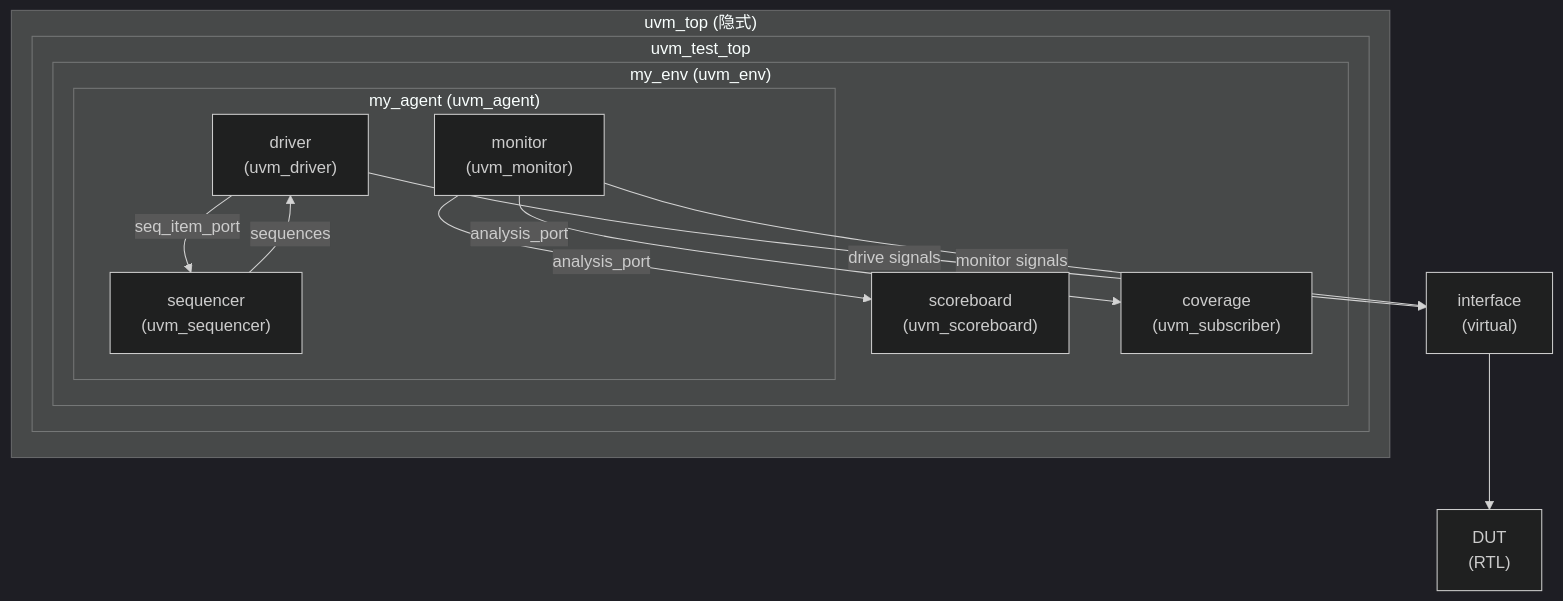
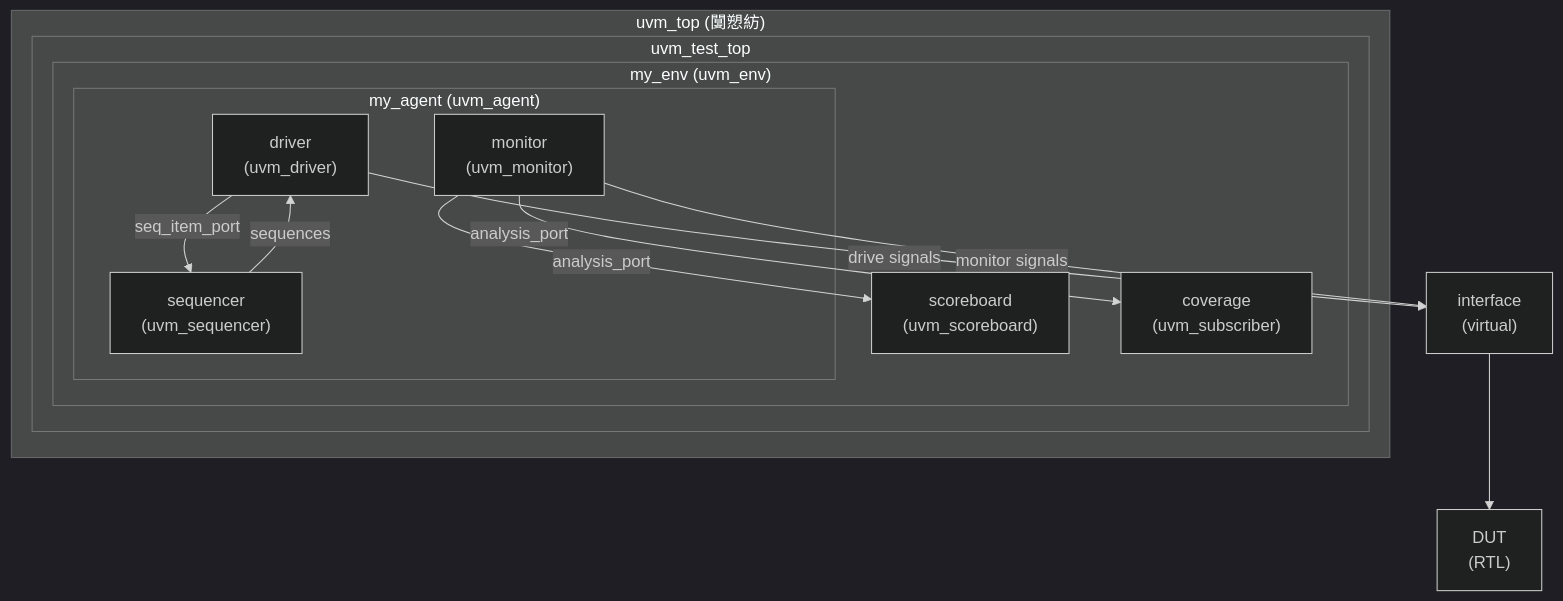
Before and after one commit to muyuzhang29-oss/obsidian-knowledge-base: the first of 6 diagrams in .obsidian/claude-code-sessions/a2c15c04440e3536b55a5f7519143b28/note.md, drawn with Mermaid (dark theme). The commit also changed other lines of this file and 173 other files, not shown here.

````diff
--- a/.obsidian/claude-code-sessions/a2c15c04440e3536b55a5f7519143b28/note.md
+++ b/.obsidian/claude-code-sessions/a2c15c04440e3536b55a5f7519143b28/note.md
@@ -9,28 +9,28 @@
 ```mermaid
 graph TB
-    subgraph UVM_Top["uvm_top (隐式)"]
+    subgraph UVM_Top["uvm_top (闅愬紡)"]
         subgraph Test["uvm_test_top"]
             subgraph Env["my_env (uvm_env)"]
                 subgraph Agent["my_agent (uvm_agent)"]
                     Driver["driver<br/>(uvm_driver)"]
                     Sequencer["sequencer<br/>(uvm_sequencer)"]
                     Monitor["monitor<br/>(uvm_monitor)"]
                 end
                 SB["scoreboard<br/>(uvm_scoreboard)"]
                 Cov["coverage<br/>(uvm_subscriber)"]
             end
         end
     end
 
     DUT["DUT<br/>(RTL)"]
     IF["interface<br/>(virtual)"]
 
     Driver -->|"seq_item_port"| Sequencer
     Driver -->|"drive signals"| IF
     Monitor -->|"monitor signals"| IF
     Monitor -->|"analysis_port"| SB
     Monitor -->|"analysis_port"| Cov
     Sequencer -->|"sequences"| Driver
 
     IF --> DUT
 ```
````
